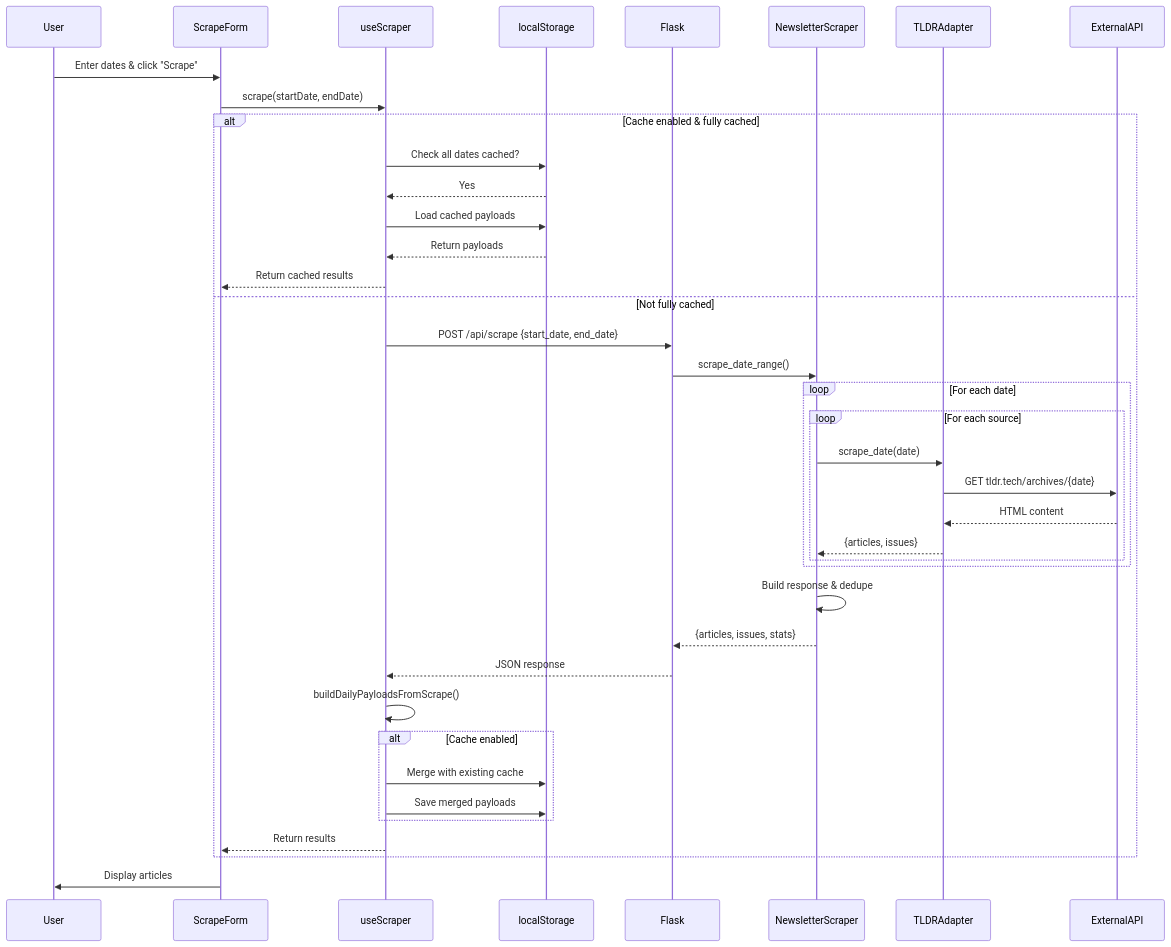
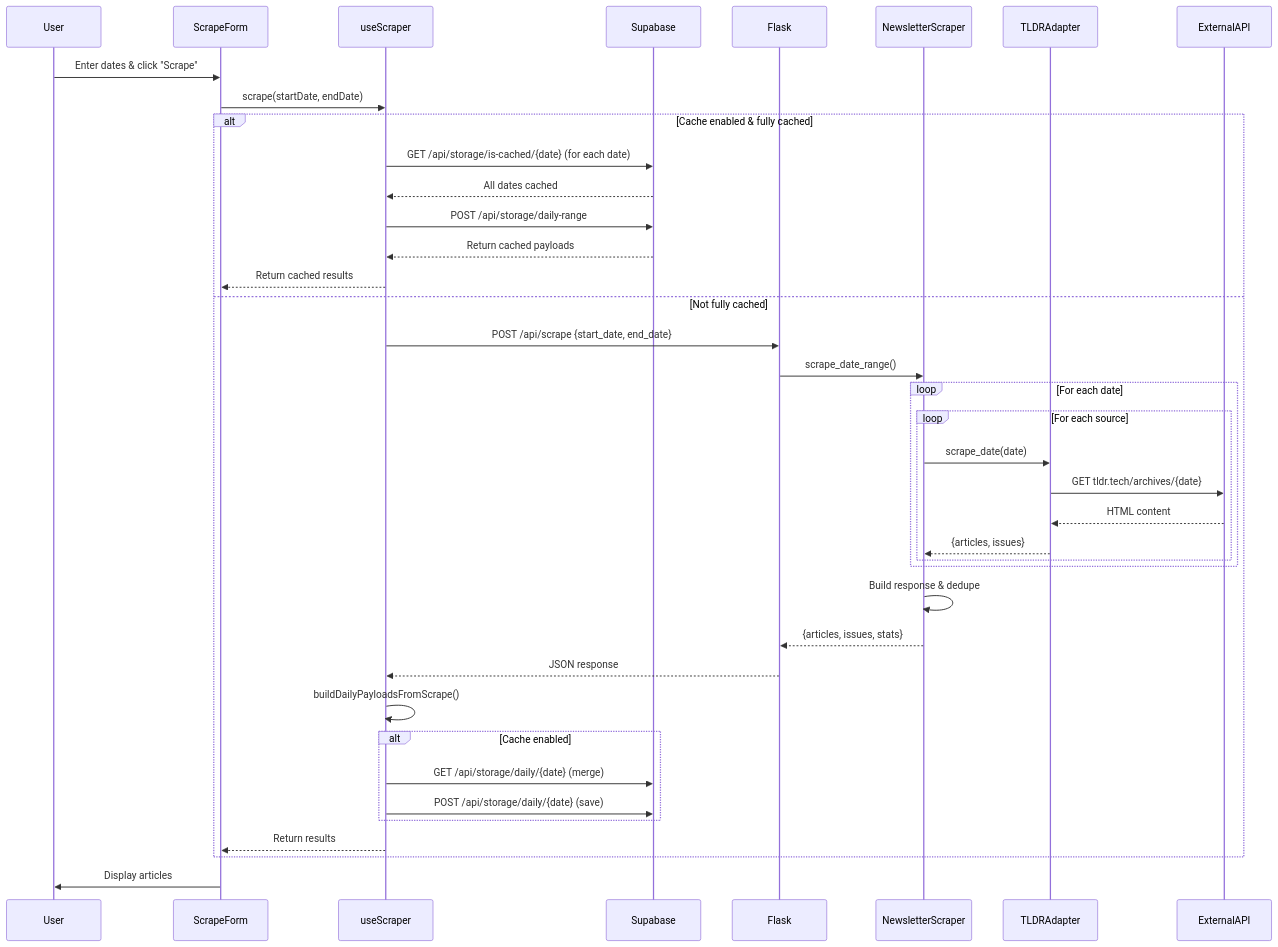
One commit to giladbarnea/TLDRScraper changed the diagram in ARCHITECTURE.md. Above: the diagram before and after it, drawn with Mermaid. The commit also changed other lines of this file, not shown here.

First line of the commit message:
Fix false positives in ARCHITECTURE.md: localStorage → Supabase

````diff
--- a/ARCHITECTURE.md
+++ b/ARCHITECTURE.md
@@ -790,49 +787,49 @@
 ```mermaid
 sequenceDiagram
     participant User
     participant ScrapeForm
     participant useScraper
-    participant localStorage
+    participant Supabase
     participant Flask
     participant NewsletterScraper
     participant TLDRAdapter
     participant ExternalAPI
 
     User->>ScrapeForm: Enter dates & click "Scrape"
     ScrapeForm->>useScraper: scrape(startDate, endDate)
 
     alt Cache enabled & fully cached
-        useScraper->>localStorage: Check all dates cached?
-        localStorage-->>useScraper: Yes
-        useScraper->>localStorage: Load cached payloads
-        localStorage-->>useScraper: Return payloads
+        useScraper->>Supabase: GET /api/storage/is-cached/{date} (for each date)
+        Supabase-->>useScraper: All dates cached
+        useScraper->>Supabase: POST /api/storage/daily-range
+        Supabase-->>useScraper: Return cached payloads
         useScraper-->>ScrapeForm: Return cached results
     else Not fully cached
         useScraper->>Flask: POST /api/scrape {start_date, end_date}
         Flask->>NewsletterScraper: scrape_date_range()
 
         loop For each date
             loop For each source
                 NewsletterScraper->>TLDRAdapter: scrape_date(date)
                 TLDRAdapter->>ExternalAPI: GET tldr.tech/archives/{date}
                 ExternalAPI-->>TLDRAdapter: HTML content
                 TLDRAdapter-->>NewsletterScraper: {articles, issues}
             end
         end
 
         NewsletterScraper->>NewsletterScraper: Build response & dedupe
         NewsletterScraper-->>Flask: {articles, issues, stats}
         Flask-->>useScraper: JSON response
 
         useScraper->>useScraper: buildDailyPayloadsFromScrape()
 
         alt Cache enabled
-            useScraper->>localStorage: Merge with existing cache
-            useScraper->>localStorage: Save merged payloads
+            useScraper->>Supabase: GET /api/storage/daily/{date} (merge)
+            useScraper->>Supabase: POST /api/storage/daily/{date} (save)
         end
 
         useScraper-->>ScrapeForm: Return results
     end
 
     ScrapeForm->>User: Display articles
 ```
````
